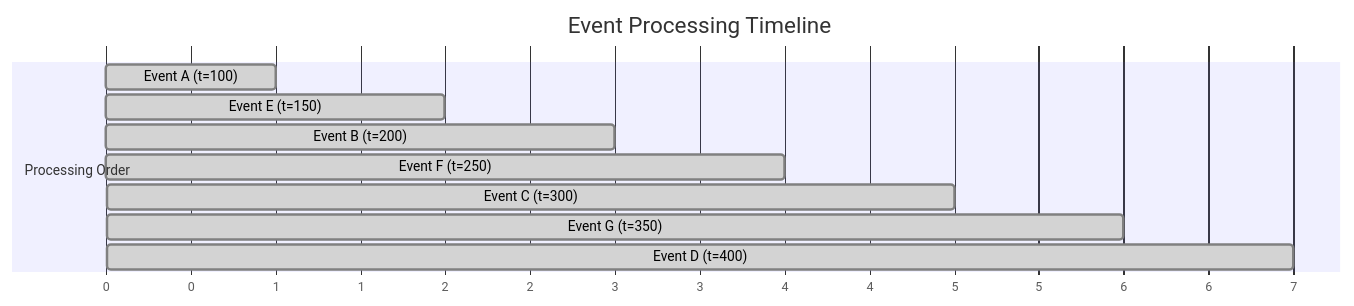
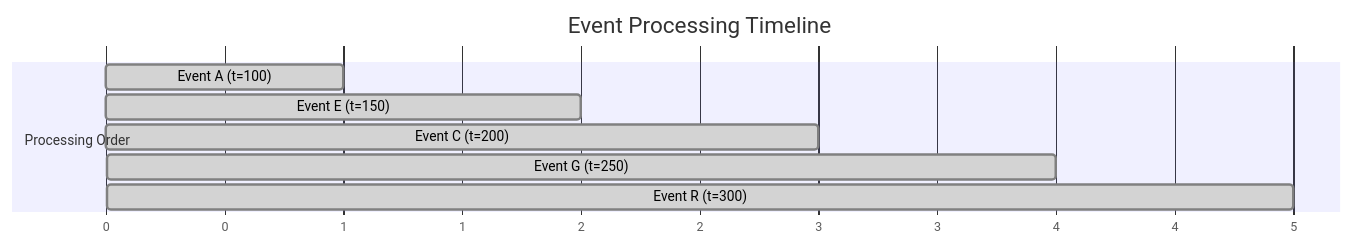
The fourth of 5 diagrams in docs/docs/user-guide/events/event_graph.md (binome-dev/graphite), drawn with Mermaid before and after one commit. The commit also changed other lines of this file and 197 other files, not shown here.

````diff
--- a/docs/docs/user-guide/events/event_graph.md
+++ b/docs/docs/user-guide/events/event_graph.md
@@ -199,15 +193,13 @@
 ```mermaid
 gantt
     title Event Processing Timeline
     dateFormat X
     axisFormat %s
 
     section Processing Order
     Event A (t=100) :done, a, 0, 1
     Event E (t=150) :done, e, 1, 2
-    Event B (t=200) :done, b, 2, 3
-    Event F (t=250) :done, f, 3, 4
-    Event C (t=300) :done, c, 4, 5
-    Event G (t=350) :done, g, 5, 6
-    Event D (t=400) :done, d, 6, 7
+    Event C (t=200) :done, c, 2, 3
+    Event G (t=250) :done, g, 3, 4
+    Event R (t=300) :done, r, 4, 5
 ```
````
